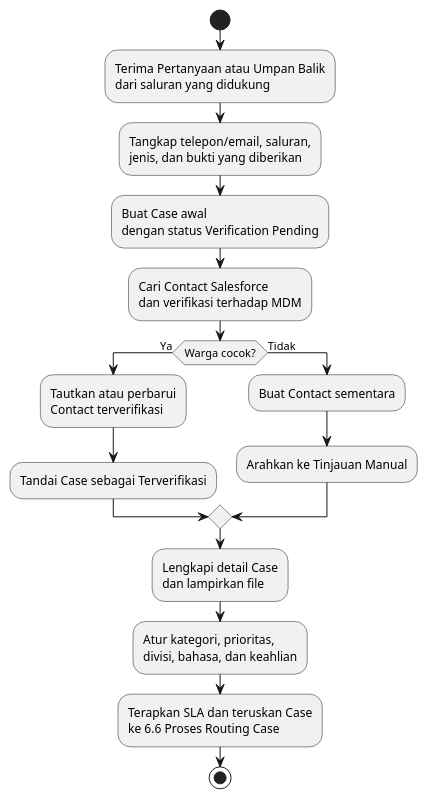
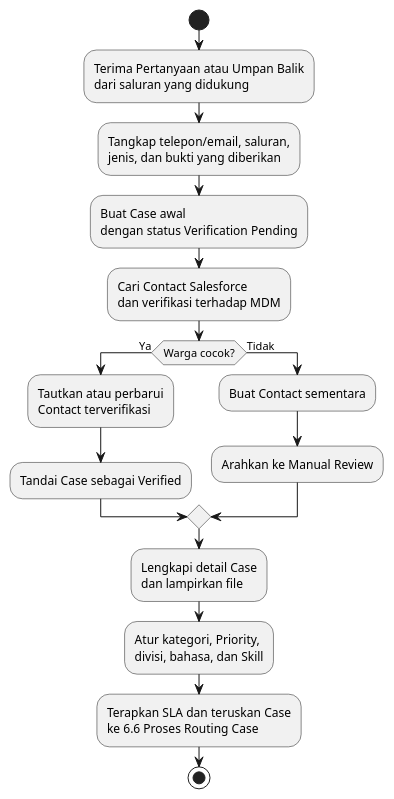
Before and after one commit to jimmytobing/virtusa: the eighth of 26 diagrams in doc/SADD Task 2 - Bahasa Indonesia.md, drawn with PlantUML. The commit also changed other lines of this file, not shown here.

````diff
--- a/doc/SADD Task 2 - Bahasa Indonesia.md
+++ b/doc/SADD Task 2 - Bahasa Indonesia.md
@@ -554,24 +556,24 @@
 ```plantuml
 @startuml
 start
 
 :Terima Pertanyaan atau Umpan Balik\ndari saluran yang didukung;
 :Tangkap telepon/email, saluran,\njenis, dan bukti yang diberikan;
 :Buat Case awal\ndengan status Verification Pending;
 :Cari Contact Salesforce\ndan verifikasi terhadap MDM;
 
 if (Warga cocok?) then (Ya)
   :Tautkan atau perbarui\nContact terverifikasi;
-  :Tandai Case sebagai Terverifikasi;
+  :Tandai Case sebagai Verified;
 else (Tidak)
   :Buat Contact sementara;
-  :Arahkan ke Tinjauan Manual;
+  :Arahkan ke Manual Review;
 endif
 
 :Lengkapi detail Case\ndan lampirkan file;
-:Atur kategori, prioritas,\ndivisi, bahasa, dan keahlian;
+:Atur kategori, Priority,\ndivisi, bahasa, dan Skill;
 :Terapkan SLA dan teruskan Case\nke 6.6 Proses Routing Case;
 
 stop
 @enduml
 ```
````
